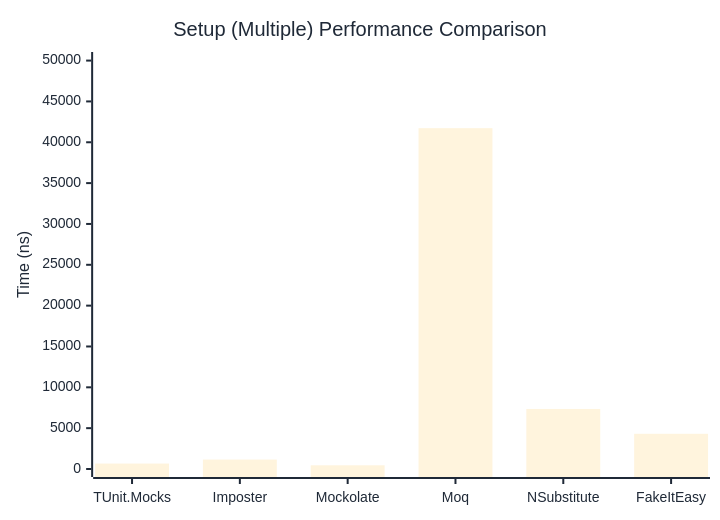
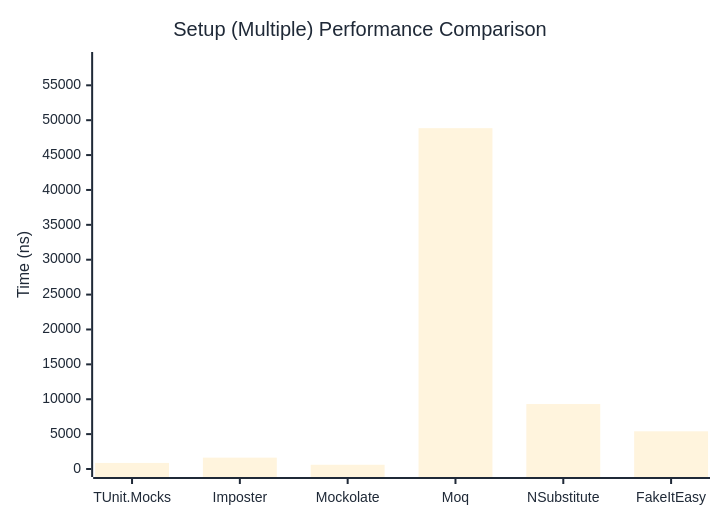
Before and after one commit to thomhurst/TUnit: the second of 2 diagrams in docs/docs/benchmarks/mocks/Setup.md, drawn with Mermaid. The commit also changed other lines of this file and 14 other files, not shown here.

````diff
--- a/docs/docs/benchmarks/mocks/Setup.md
+++ b/docs/docs/benchmarks/mocks/Setup.md
@@ -71,27 +71,27 @@
 ```mermaid
 %%{init: {
   'theme':'base',
   'themeVariables': {
     'primaryColor': '#2563eb',
     'primaryTextColor': '#1f2937',
     'primaryBorderColor': '#1e40af',
     'lineColor': '#6b7280',
     'secondaryColor': '#7c3aed',
     'tertiaryColor': '#dc2626',
     'background': '#ffffff',
     'pie1': '#2563eb',
     'pie2': '#7c3aed',
     'pie3': '#dc2626',
     'pie4': '#f59e0b',
     'pie5': '#10b981',
     'pie6': '#06b6d4',
     'pie7': '#ec4899',
     'pie8': '#6366f1'
   }
 }}%%
 xychart-beta
   title "Setup (Multiple) Performance Comparison"
   x-axis ["TUnit.Mocks", "Imposter", "Mockolate", "Moq", "NSubstitute", "FakeItEasy"]
-  y-axis "Time (ns)" 0 --> 50072
-  bar [665.1, 1155.1, 451.9, 41726, 7351.5, 4310.4]
+  y-axis "Time (ns)" 0 --> 58628
+  bar [871.2, 1626.9, 607.4, 48856.2, 9311, 5404.5]
 ```
````
